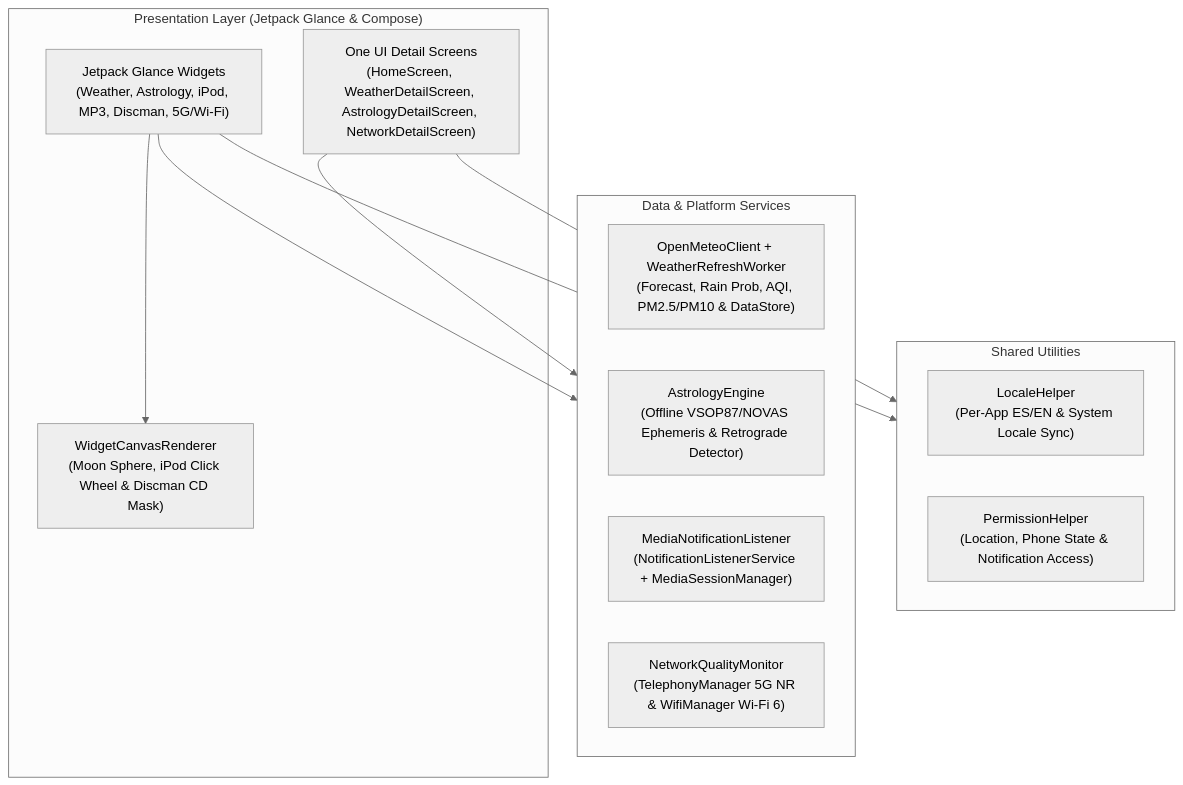
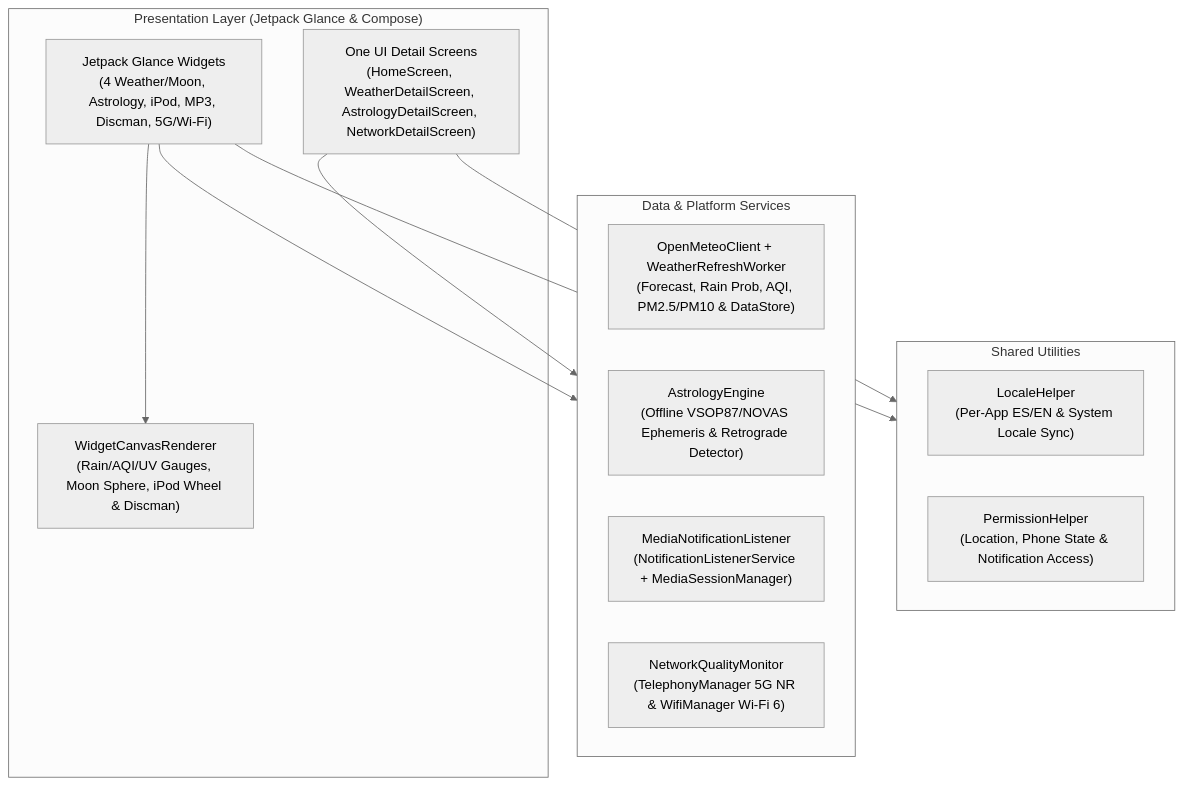
The diagram in README.md (AnaCataVC/one-ui-extra-widgets), drawn with Mermaid (neutral theme) before and after one commit. The commit also changed other lines of this file and 36 other files, not shown here.

Commit message:
feat(weather): split weather into 4 modular One UI 7 widgets with scientific lunar data

````diff
--- a/README.md
+++ b/README.md
@@ -43,26 +48,26 @@
 ```mermaid
 flowchart TD
     subgraph UI ["Presentation Layer (Jetpack Glance & Compose)"]
-        GlanceWidgets["Jetpack Glance Widgets<br/>(Weather, Astrology, iPod, MP3, Discman, 5G/Wi-Fi)"]
+        GlanceWidgets["Jetpack Glance Widgets<br/>(4 Weather/Moon, Astrology, iPod, MP3, Discman, 5G/Wi-Fi)"]
         ComposeApp["One UI Detail Screens<br/>(HomeScreen, WeatherDetailScreen, AstrologyDetailScreen, NetworkDetailScreen)"]
-        CanvasRenderer["WidgetCanvasRenderer<br/>(Moon Sphere, iPod Click Wheel & Discman CD Mask)"]
+        CanvasRenderer["WidgetCanvasRenderer<br/>(Rain/AQI/UV Gauges, Moon Sphere, iPod Wheel & Discman)"]
     end
 
     subgraph Data ["Data & Platform Services"]
         WeatherClient["OpenMeteoClient + WeatherRefreshWorker<br/>(Forecast, Rain Prob, AQI, PM2.5/PM10 & DataStore)"]
         AstroEngine["AstrologyEngine<br/>(Offline VSOP87/NOVAS Ephemeris & Retrograde Detector)"]
         MediaBridge["MediaNotificationListener<br/>(NotificationListenerService + MediaSessionManager)"]
         NetMonitor["NetworkQualityMonitor<br/>(TelephonyManager 5G NR & WifiManager Wi-Fi 6)"]
     end
 
     subgraph Utils ["Shared Utilities"]
         LocaleUtil["LocaleHelper<br/>(Per-App ES/EN & System Locale Sync)"]
         PermUtil["PermissionHelper<br/>(Location, Phone State & Notification Access)"]
     end
 
     GlanceWidgets --> CanvasRenderer
     GlanceWidgets --> Data
     ComposeApp --> Data
     ComposeApp --> Utils
     GlanceWidgets --> Utils
 ```
````
